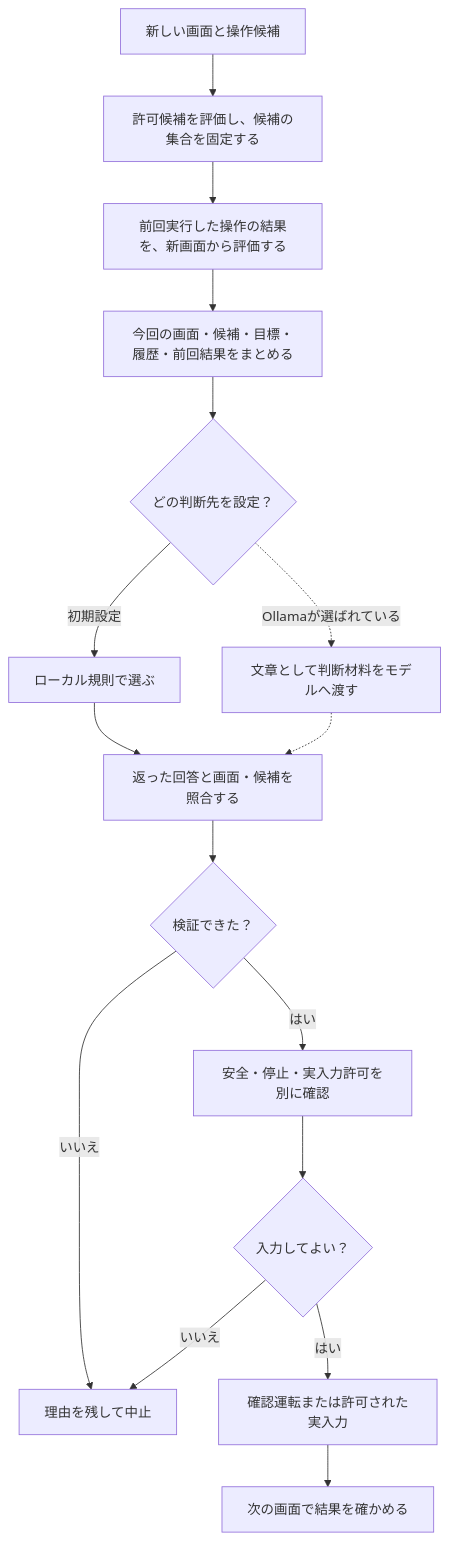
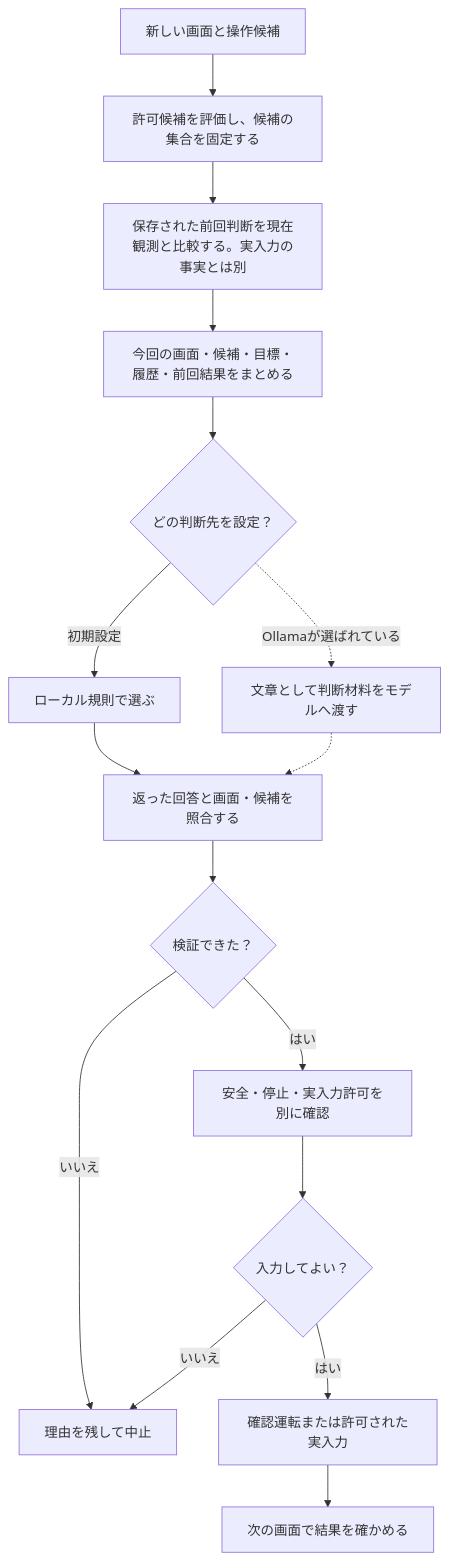
Before and after one commit to tomiya7688/AI_game_player: the first of 2 diagrams in doc/guide/judgment.md, drawn with Mermaid. The commit also changed other lines of this file and 1 other file, not shown here.

````diff
--- a/doc/guide/judgment.md
+++ b/doc/guide/judgment.md
@@ -11,18 +11,18 @@
 ```mermaid
 flowchart TD
     A["新しい画面と操作候補"] --> B["許可候補を評価し、候補の集合を固定する"]
-    B --> C["前回実行した操作の結果を、新画面から評価する"]
+    B --> C["保存された前回判断を現在観測と比較する。実入力の事実とは別"]
     C --> D["今回の画面・候補・目標・履歴・前回結果をまとめる"]
     D --> E{"どの判断先を設定？"}
     E -->|初期設定| F["ローカル規則で選ぶ"]
     E -.->|Ollamaが選ばれている| G["文章として判断材料をモデルへ渡す"]
     F --> H["返った回答と画面・候補を照合する"]
     G -.-> H
     H --> I{"検証できた？"}
     I -->|いいえ| X["理由を残して中止"]
     I -->|はい| J["安全・停止・実入力許可を別に確認"]
     J --> K{"入力してよい？"}
     K -->|いいえ| X
     K -->|はい| L["確認運転または許可された実入力"]
     L --> M["次の画面で結果を確かめる"]
 ```
````
